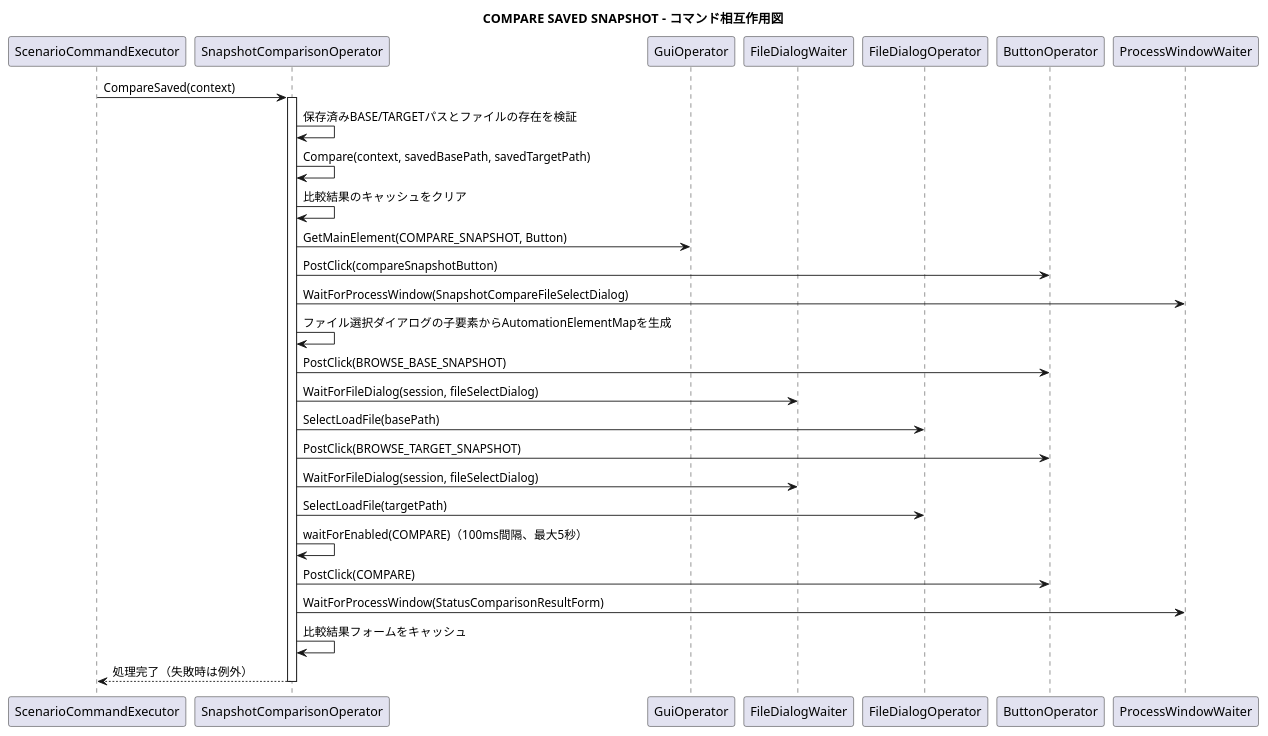
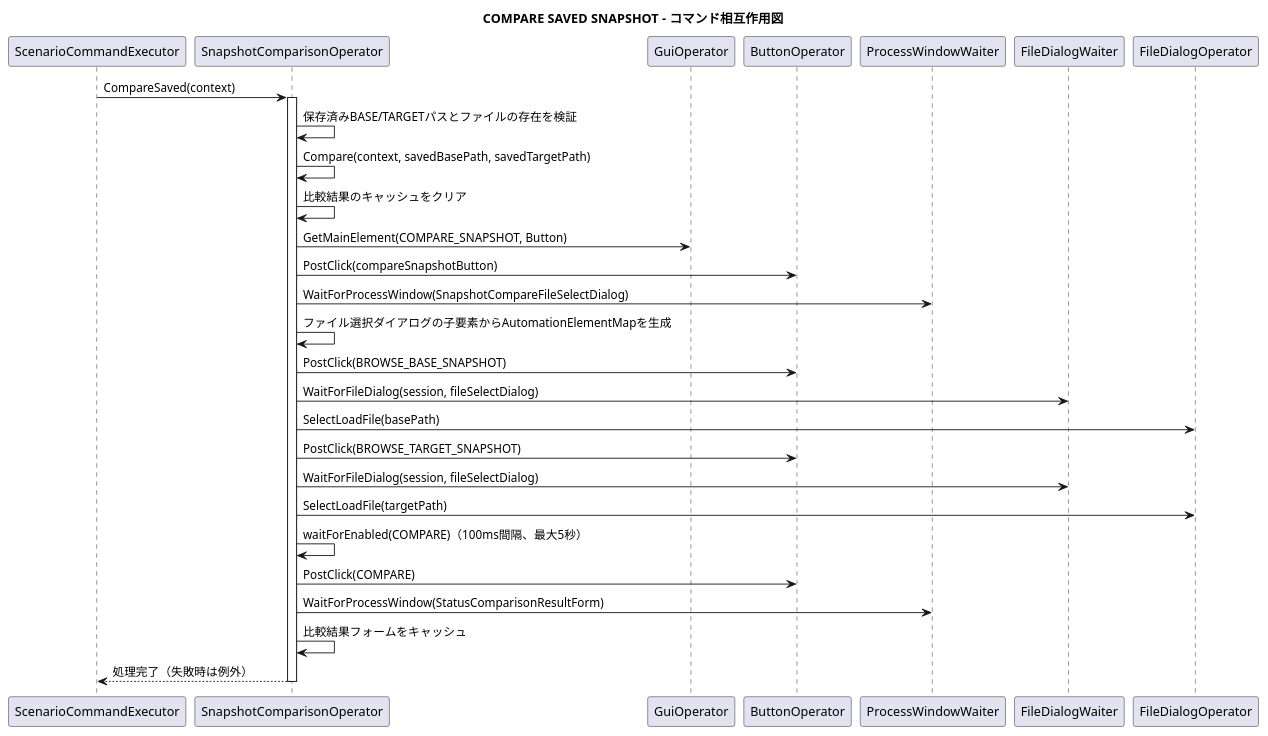
Before and after one commit to Staraptor0398/ShikigamiStatusCalculator: the diagram in Document/ScenarioRunner/Diagram/CommandInteraction/Snapshot/CompareSavedSnapshot.wsd, drawn with PlantUML. The commit also changed 20 other files, not shown here.

Commit message:
Remove duplicate participants from Scenario Runner interaction diagrams

```diff
--- a/Document/ScenarioRunner/Diagram/CommandInteraction/Snapshot/CompareSavedSnapshot.wsd
+++ b/Document/ScenarioRunner/Diagram/CommandInteraction/Snapshot/CompareSavedSnapshot.wsd
@@ -1,41 +1,35 @@
 @startuml
 title COMPARE SAVED SNAPSHOT - コマンド相互作用図
 skinparam responseMessageBelowArrow true
 ' Source: ScenarioRunner.Engine/Execution/ScenarioCommandExecutor.cs
 ' Source: ScenarioRunner.Engine/Automation/Operator/Feature/SnapshotComparisonOperator.cs
 participant "ScenarioCommandExecutor" as EX
 participant "SnapshotComparisonOperator" as O
 participant "GuiOperator" as GO
 participant "ButtonOperator" as BO
 participant "ProcessWindowWaiter" as PW
-participant "ButtonOperator" as BO
 participant "FileDialogWaiter" as FDW
 participant "FileDialogOperator" as FDO
-participant "ButtonOperator" as BO
-participant "FileDialogWaiter" as FDW
-participant "FileDialogOperator" as FDO
-participant "ButtonOperator" as BO
-participant "ProcessWindowWaiter" as PW
 
 EX -> O : CompareSaved(context)
 activate O
 O -> O : 保存済みBASE/TARGETパスとファイルの存在を検証
 O -> O : Compare(context, savedBasePath, savedTargetPath)
 O -> O : 比較結果のキャッシュをクリア
 O -> GO : GetMainElement(COMPARE_SNAPSHOT, Button)
 O -> BO : PostClick(compareSnapshotButton)
 O -> PW : WaitForProcessWindow(SnapshotCompareFileSelectDialog)
 O -> O : ファイル選択ダイアログの子要素からAutomationElementMapを生成
 O -> BO : PostClick(BROWSE_BASE_SNAPSHOT)
 O -> FDW : WaitForFileDialog(session, fileSelectDialog)
 O -> FDO : SelectLoadFile(basePath)
 O -> BO : PostClick(BROWSE_TARGET_SNAPSHOT)
 O -> FDW : WaitForFileDialog(session, fileSelectDialog)
 O -> FDO : SelectLoadFile(targetPath)
 O -> O : waitForEnabled(COMPARE)（100ms間隔、最大5秒）
 O -> BO : PostClick(COMPARE)
 O -> PW : WaitForProcessWindow(StatusComparisonResultForm)
 O -> O : 比較結果フォームをキャッシュ
 O --> EX : 処理完了（失敗時は例外）
 deactivate O
 @enduml
```
